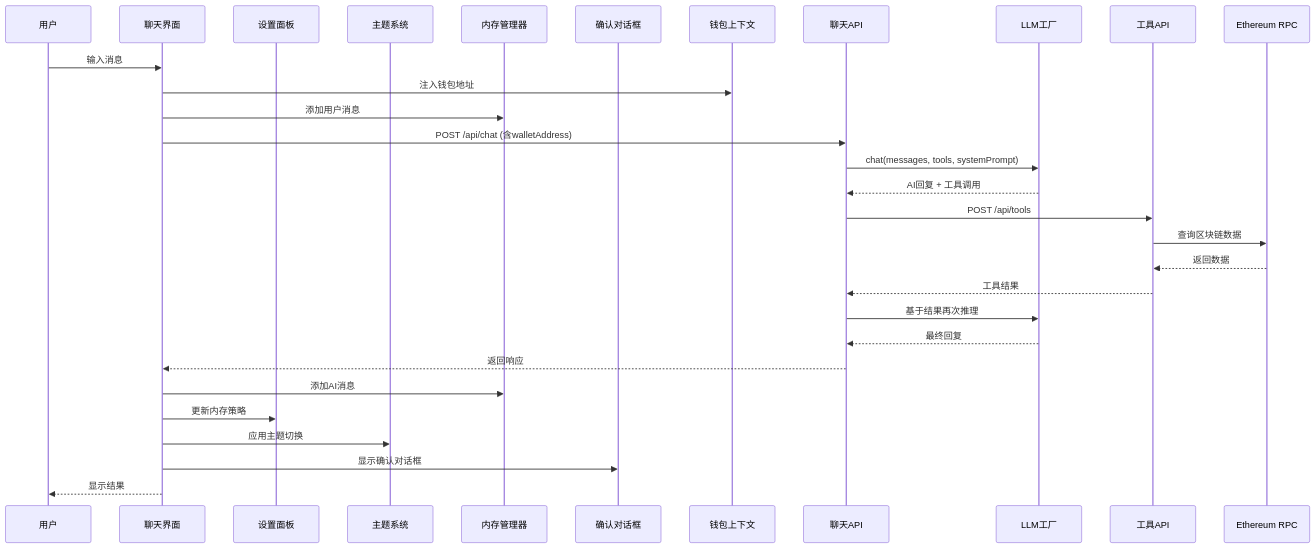
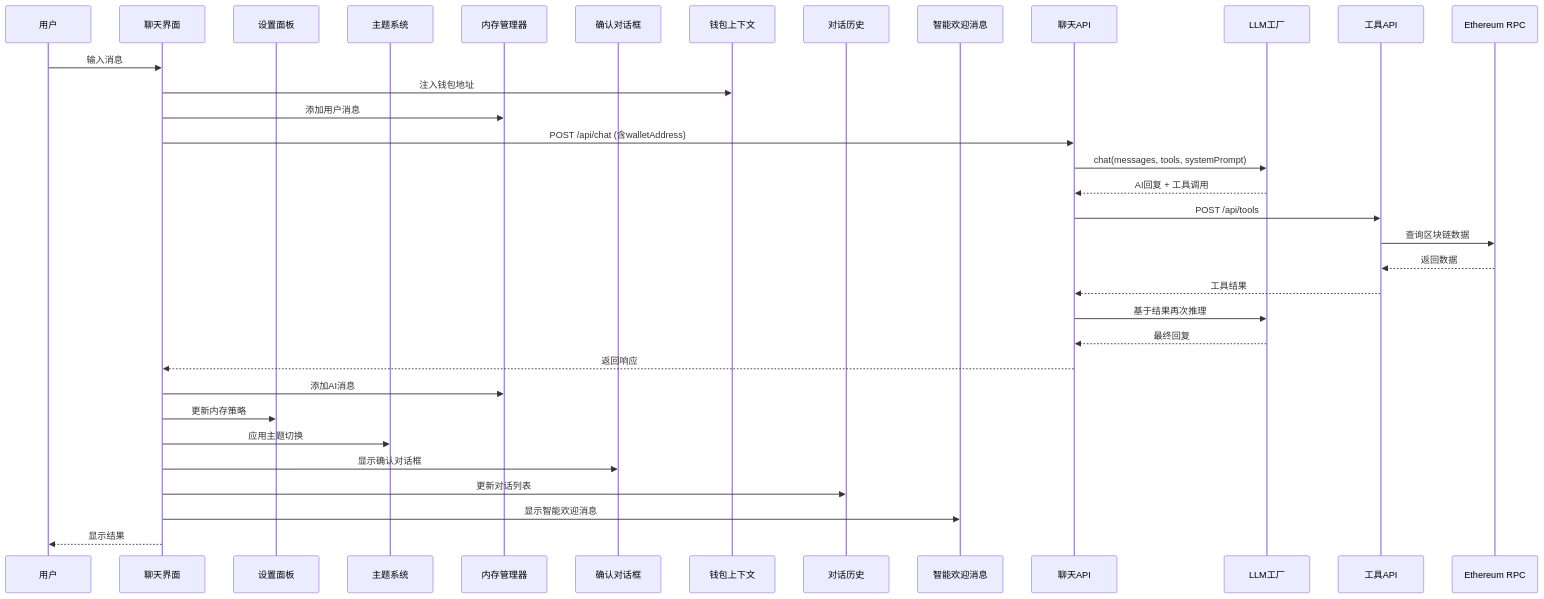
One commit to CryptoLinxu/Web3-AI-Agent changed the fifth of 29 diagrams in .qoder/repowiki/zh/content/项目概述/整体架构概览/Web应用程序/Web应用程序.md. Above: the diagram before and after it, drawn with Mermaid. The commit also changed other lines of this file and 12 other files, not shown here.

````diff
--- a/.qoder/repowiki/zh/content/项目概述/整体架构概览/Web应用程序/Web应用程序.md
+++ b/.qoder/repowiki/zh/content/项目概述/整体架构概览/Web应用程序/Web应用程序.md
@@ -265,32 +275,36 @@
 ```mermaid
 sequenceDiagram
 participant User as 用户
 participant UI as 聊天界面
 participant Settings as 设置面板
 participant Theme as 主题系统
 participant Memory as 内存管理器
 participant Dialog as 确认对话框
 participant Wallet as 钱包上下文
+participant History as 对话历史
+participant Welcome as 智能欢迎消息
 participant ChatAPI as 聊天API
 participant LLM as LLM工厂
 participant ToolsAPI as 工具API
 participant RPC as Ethereum RPC
 User->>UI : 输入消息
 UI->>Wallet : 注入钱包地址
 UI->>Memory : 添加用户消息
 UI->>ChatAPI : POST /api/chat (含walletAddress)
 ChatAPI->>LLM : chat(messages, tools, systemPrompt)
 LLM-->>ChatAPI : AI回复 + 工具调用
 ChatAPI->>ToolsAPI : POST /api/tools
 ToolsAPI->>RPC : 查询区块链数据
 RPC-->>ToolsAPI : 返回数据
 ToolsAPI-->>ChatAPI : 工具结果
 ChatAPI->>LLM : 基于结果再次推理
 LLM-->>ChatAPI : 最终回复
 ChatAPI-->>UI : 返回响应
 UI->>Memory : 添加AI消息
 UI->>Settings : 更新内存策略
 UI->>Theme : 应用主题切换
 UI->>Dialog : 显示确认对话框
+UI->>History : 更新对话列表
+UI->>Welcome : 显示智能欢迎消息
 UI-->>User : 显示结果
 ```
````
